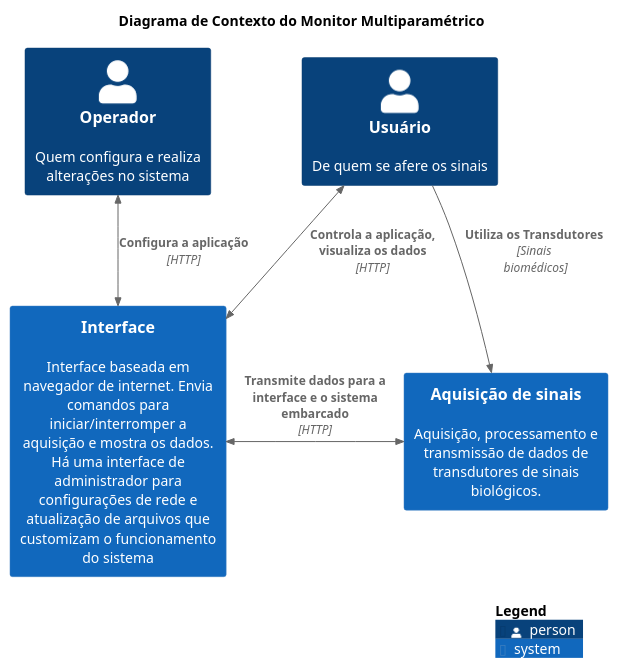
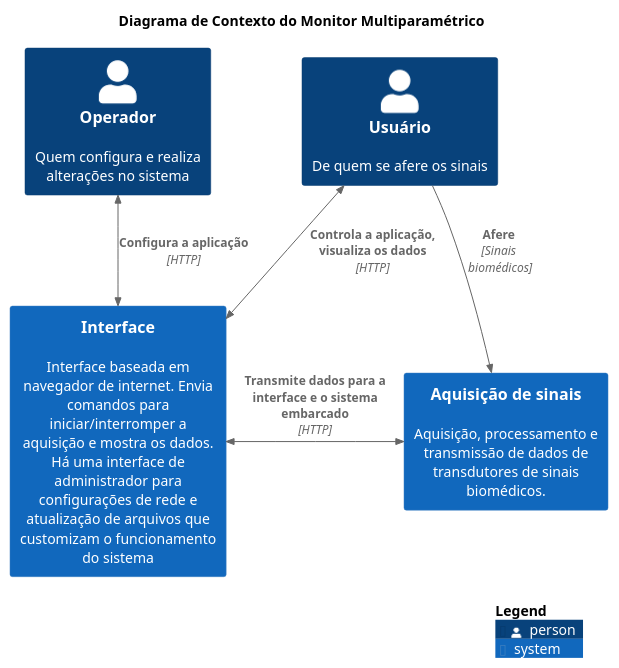
The diagram in doc/c4/10_context.puml (nphara/iot_multiparam_monitor), drawn with PlantUML before and after one commit. The commit also changed 2 other files, not shown here.

Commit message:
update doc diagrams

```diff
--- a/doc/c4/10_context.puml
+++ b/doc/c4/10_context.puml
@@ -1,20 +1,20 @@
 @startuml CONTEXT
 !include https://raw.githubusercontent.com/plantuml-stdlib/C4-PlantUML/master/C4_Context.puml
 ' uncomment the following line and comment the first to use locally
 ' !include C4_Component.puml
 
 title Diagrama de Contexto do Monitor Multiparamétrico
 
 Person(user, "Usuário", "De quem se afere os sinais")
 Person(admin, "Operador", "Quem configura e realiza alterações no sistema")
-System(SignalsAcq, "Aquisição de sinais", "Aquisição, processamento e transmissão de dados de transdutores de sinais biológicos.")
+System(SignalsAcq, "Aquisição de sinais", "Aquisição, processamento e transmissão de dados de transdutores de sinais biomédicos.")
 System(Interface, "Interface", "Interface baseada em navegador de internet. Envia comandos para iniciar/interromper a aquisição e mostra os dados. Há uma interface de administrador para configurações de rede e atualização de arquivos que customizam o funcionamento do sistema")
-Rel(user, SignalsAcq, "Utiliza os Transdutores", "Sinais \n biomédicos")
+Rel(user, SignalsAcq, "Afere", "Sinais \n biomédicos")
 BiRel_D(admin, Interface, "Configura a aplicação", "HTTP")
 BiRel_D(user, Interface, "Controla a aplicação, visualiza os dados","HTTP")
 BiRel_R(Interface, SignalsAcq, "Transmite dados para a interface e o sistema embarcado", "HTTP")
 
 ' SHOW_LEGEND(?hideStereotype, ?details)
 SHOW_LEGEND()
 
 @enduml
```
